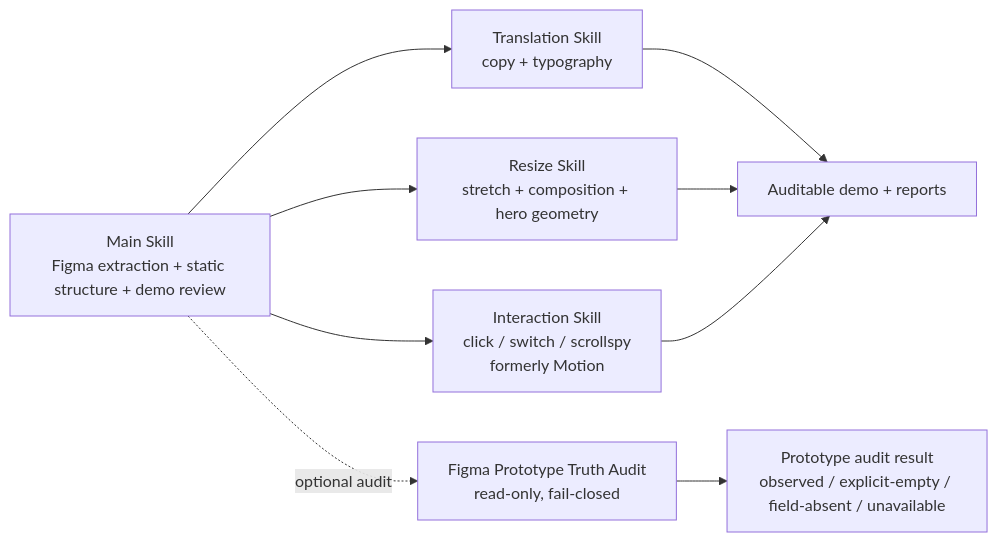
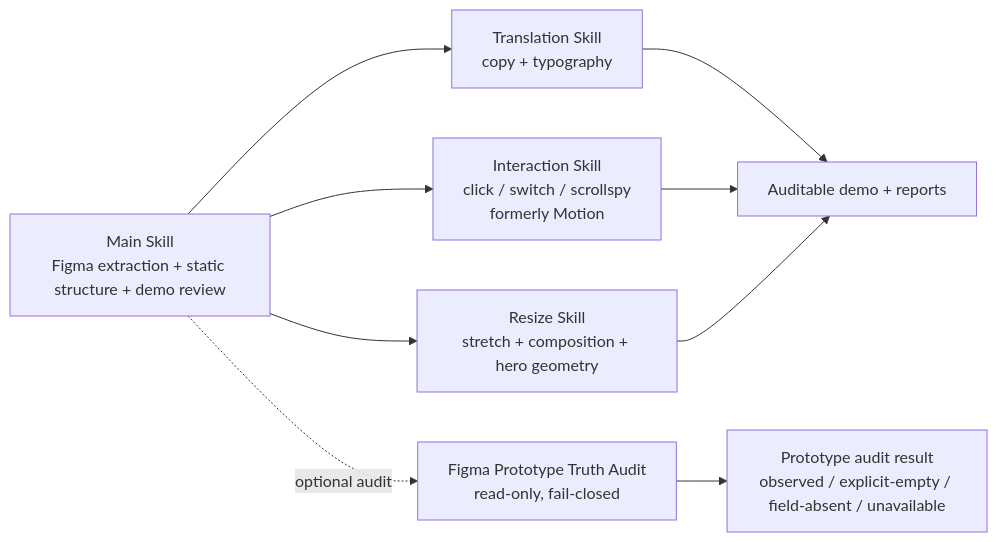
One commit to PraiseZhu/project-gameweb changed the diagram in skills/yise-web-ui/docs/skill-architecture.md. Above: the diagram before and after it, drawn with Mermaid. The commit also changed other lines of this file and 94 other files, not shown here.

````diff
--- a/skills/yise-web-ui/docs/skill-architecture.md
+++ b/skills/yise-web-ui/docs/skill-architecture.md
@@ -18,11 +21,11 @@
 ```mermaid
 flowchart LR
   S[Main Skill\nFigma extraction + static structure + demo review] --> T[Translation Skill\ncopy + typography]
+  S --> I[Interaction Skill\nclick / switch / scrollspy\nformerly Motion]
   S --> R[Resize Skill\nstretch + composition + hero geometry]
-  S --> I[Interaction Skill\nclick / switch / scrollspy\nformerly Motion]
   S -. optional audit .-> P[Figma Prototype Truth Audit\nread-only, fail-closed]
   T --> O[Auditable demo + reports]
+  I --> O
   R --> O
-  I --> O
   P --> A[Prototype audit result\nobserved / explicit-empty / field-absent / unavailable]
 ```
````
